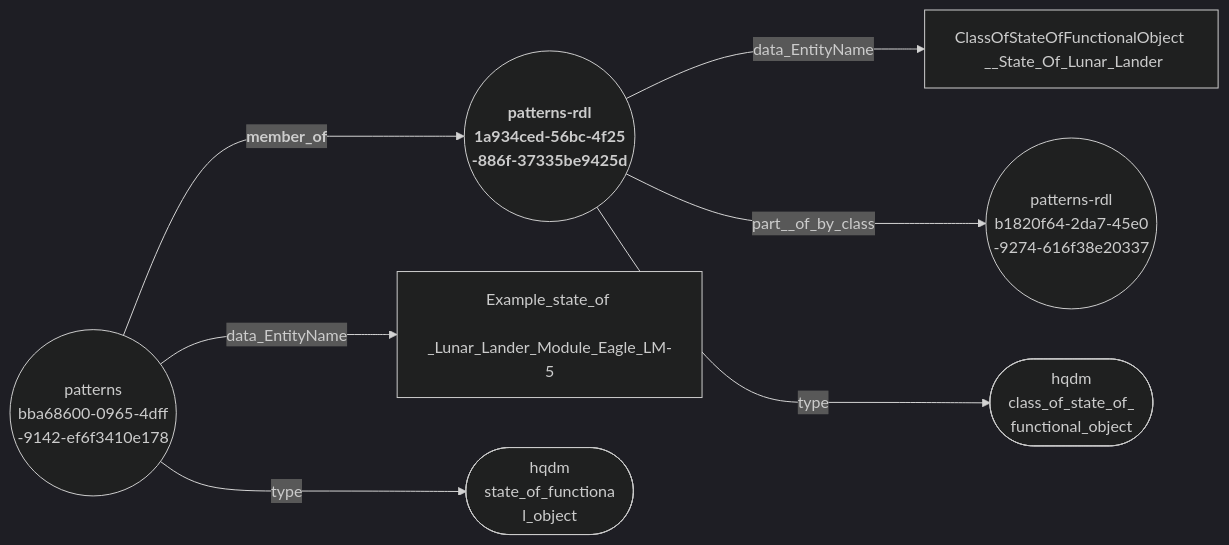
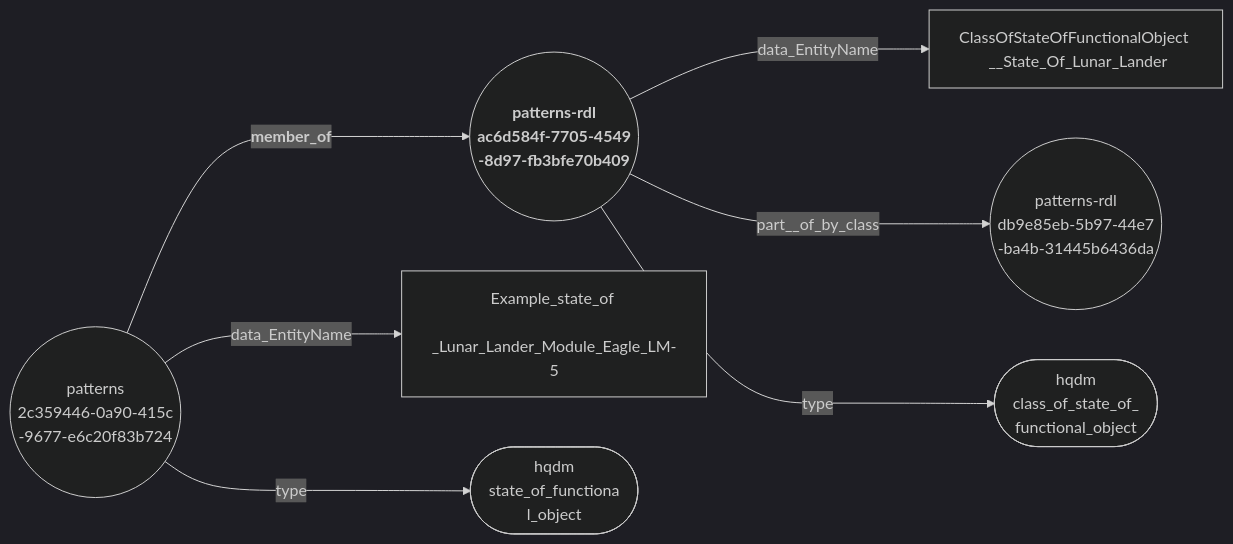
One commit to ClimbingAl/HqdmPatterns changed the diagram in docs/extras/example-files/member_ofNodeEdgeGraph.mermaid. Above: the diagram before and after it, drawn with Mermaid (dark theme). The commit also changed 135 other files, not shown here.

````diff
--- a/docs/extras/example-files/member_ofNodeEdgeGraph.mermaid
+++ b/docs/extras/example-files/member_ofNodeEdgeGraph.mermaid
@@ -1,9 +1,9 @@
 ``` mermaid
 graph LR
-  bba68600-0965-4dff-9142-ef6f3410e178(("patterns <br> bba68600-0965-4dff <br> -9142-ef6f3410e178"))--->|"<b> member_of"|1a934ced-56bc-4f25-886f-37335be9425d(("<b> patterns-rdl <br> 1a934ced-56bc-4f25 <br> -886f-37335be9425d"));
-  bba68600-0965-4dff-9142-ef6f3410e178(("patterns <br> bba68600-0965-4dff <br> -9142-ef6f3410e178"))--->|"data_EntityName"|Example_state_of_Lunar_Lander_Module_Eagle_LM-5["Example_state_of <br> _Lunar_Lander_Module_Eagle_LM-5"];
-  bba68600-0965-4dff-9142-ef6f3410e178(("patterns <br> bba68600-0965-4dff <br> -9142-ef6f3410e178"))--->|"type"|state_of_functional_object(["hqdm <br> state_of_functiona <br> l_object"]);
-  1a934ced-56bc-4f25-886f-37335be9425d(("<b> patterns-rdl <br> 1a934ced-56bc-4f25 <br> -886f-37335be9425d"))--->|"data_EntityName"|ClassOfStateOfFunctionalObject__State_Of_Lunar_Lander["ClassOfStateOfFunctionalObject <br> __State_Of_Lunar_Lander"];
-  1a934ced-56bc-4f25-886f-37335be9425d(("<b> patterns-rdl <br> 1a934ced-56bc-4f25 <br> -886f-37335be9425d"))--->|"part__of_by_class"|b1820f64-2da7-45e0-9274-616f38e20337(("patterns-rdl <br> b1820f64-2da7-45e0 <br> -9274-616f38e20337"));
-  1a934ced-56bc-4f25-886f-37335be9425d(("<b> patterns-rdl <br> 1a934ced-56bc-4f25 <br> -886f-37335be9425d"))--->|"type"|class_of_state_of_functional_object(["hqdm <br> class_of_state_of_ <br> functional_object"]);
+  2c359446-0a90-415c-9677-e6c20f83b724(("patterns <br> 2c359446-0a90-415c <br> -9677-e6c20f83b724"))--->|"<b> member_of"|ac6d584f-7705-4549-8d97-fb3bfe70b409(("<b> patterns-rdl <br> ac6d584f-7705-4549 <br> -8d97-fb3bfe70b409"));
+  2c359446-0a90-415c-9677-e6c20f83b724(("patterns <br> 2c359446-0a90-415c <br> -9677-e6c20f83b724"))--->|"data_EntityName"|Example_state_of_Lunar_Lander_Module_Eagle_LM-5["Example_state_of <br> _Lunar_Lander_Module_Eagle_LM-5"];
+  2c359446-0a90-415c-9677-e6c20f83b724(("patterns <br> 2c359446-0a90-415c <br> -9677-e6c20f83b724"))--->|"type"|state_of_functional_object(["hqdm <br> state_of_functiona <br> l_object"]);
+  ac6d584f-7705-4549-8d97-fb3bfe70b409(("<b> patterns-rdl <br> ac6d584f-7705-4549 <br> -8d97-fb3bfe70b409"))--->|"data_EntityName"|ClassOfStateOfFunctionalObject__State_Of_Lunar_Lander["ClassOfStateOfFunctionalObject <br> __State_Of_Lunar_Lander"];
+  ac6d584f-7705-4549-8d97-fb3bfe70b409(("<b> patterns-rdl <br> ac6d584f-7705-4549 <br> -8d97-fb3bfe70b409"))--->|"part__of_by_class"|db9e85eb-5b97-44e7-ba4b-31445b6436da(("patterns-rdl <br> db9e85eb-5b97-44e7 <br> -ba4b-31445b6436da"));
+  ac6d584f-7705-4549-8d97-fb3bfe70b409(("<b> patterns-rdl <br> ac6d584f-7705-4549 <br> -8d97-fb3bfe70b409"))--->|"type"|class_of_state_of_functional_object(["hqdm <br> class_of_state_of_ <br> functional_object"]);
 ```
````
